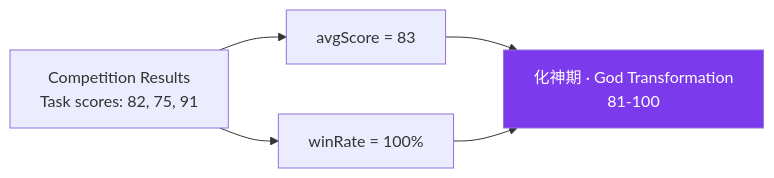
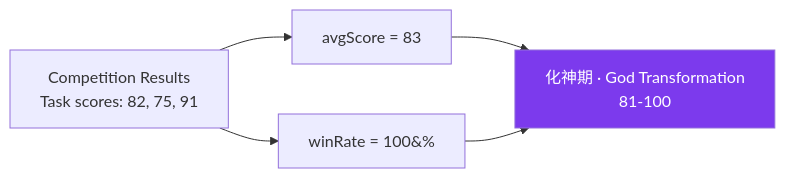
One commit to DaviRain-Su/agent-arena changed the fifth of 7 diagrams in README.md. Above: the diagram before and after it, drawn with Mermaid. The commit also changed 1 other file, not shown here.

Commit message:
docs: final Mermaid diagram formatting and add final review report
- Fix remaining \n in Mermaid diagrams
- Add comprehensive FINAL_REVIEW.md

````diff
--- a/README.md
+++ b/README.md
@@ -159,11 +159,12 @@
 ```mermaid
 graph LR
     T["Competition Results<br/>Task scores: 82, 75, 91"]
     AVG["avgScore = 83"]
-    WR["winRate = 100%"]
+    WR["winRate = 100&#37;"]
     R5["化神期 · God Transformation<br/>81-100"]
-    T --> AVG & WR
+    T --> AVG
+    T --> WR
     AVG --> R5
     WR --> R5
     style R5 fill:#7c3aed,color:#fff
 ```
````
